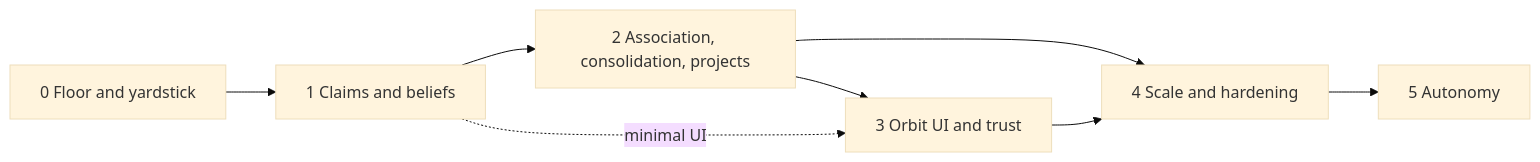
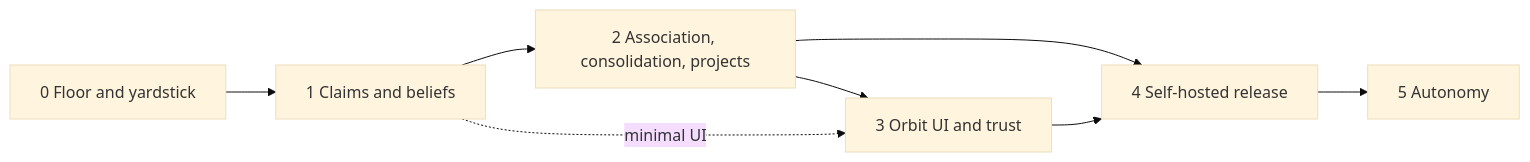
Before and after one commit to rudra273/orbit: the diagram in docs/validation/17-roadmap-risks.md, drawn with Mermaid (base theme). The commit also changed other lines of this file and 7 other files, not shown here.

````diff
--- a/docs/validation/17-roadmap-risks.md
+++ b/docs/validation/17-roadmap-risks.md
@@ -9,6 +9,6 @@
 ```mermaid
 flowchart LR
-  P0[0 Floor and yardstick] --> P1[1 Claims and beliefs] --> P2[2 Association, consolidation, projects] --> P4[4 Scale and hardening] --> P5[5 Autonomy]
+  P0[0 Floor and yardstick] --> P1[1 Claims and beliefs] --> P2[2 Association, consolidation, projects] --> P4[4 Self-hosted release] --> P5[5 Autonomy]
   P1 -. minimal UI .-> P3[3 Orbit UI and trust]
   P2 --> P3 --> P4
 ```
````
